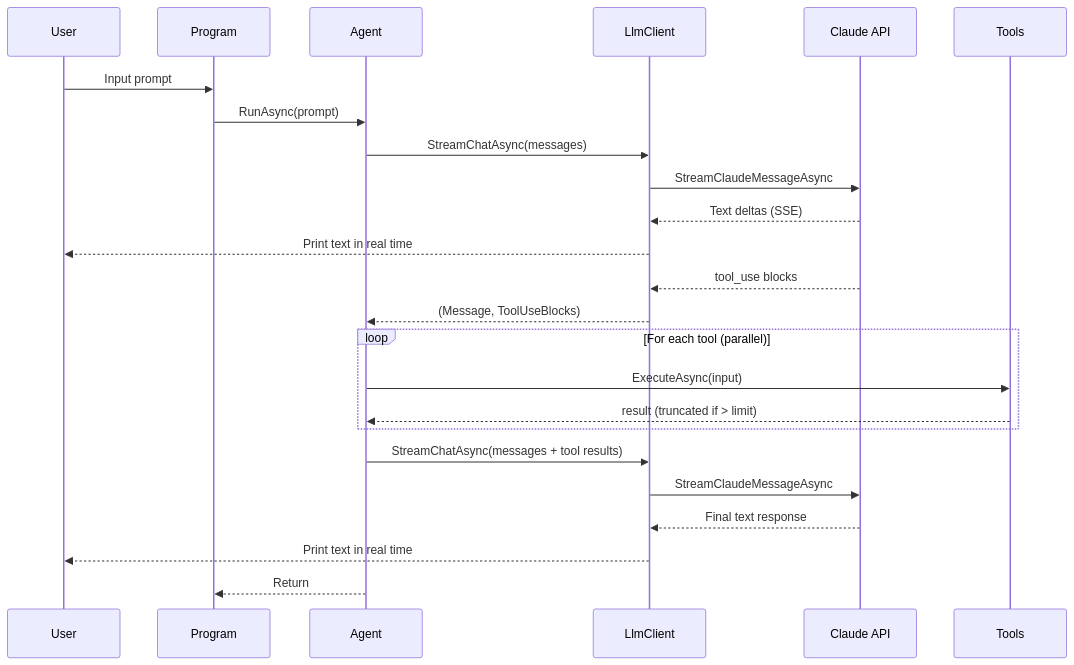
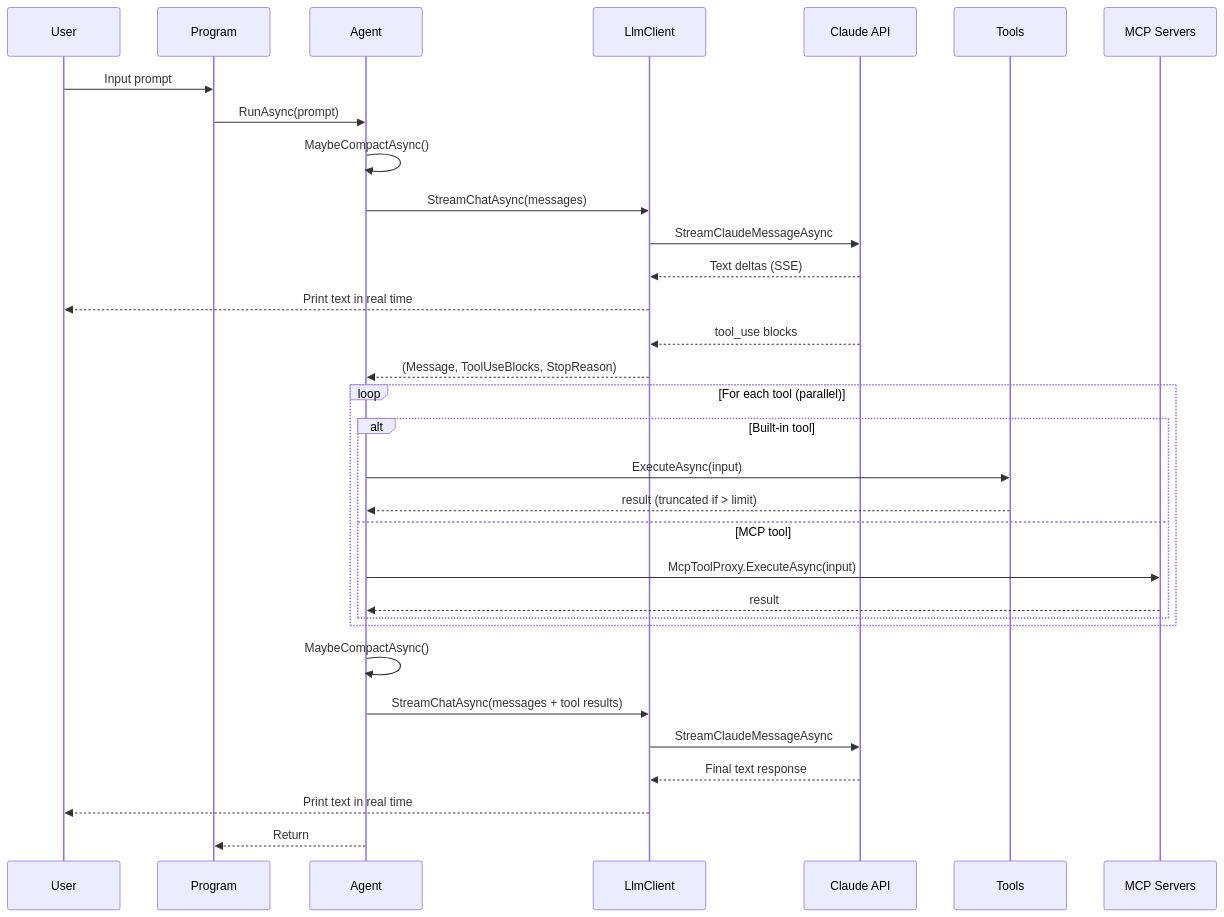
The third of 4 diagrams in documentation/docs/architecture/SAD.md (StephenDenisEdwards/micro-x-agent-loop-dotnet), drawn with Mermaid before and after one commit. The commit also changed other lines of this file and 29 other files, not shown here.

````diff
--- a/documentation/docs/architecture/SAD.md
+++ b/documentation/docs/architecture/SAD.md
@@ -118,29 +170,37 @@
 ```mermaid
 sequenceDiagram
     participant U as User
     participant P as Program
     participant A as Agent
     participant L as LlmClient
     participant C as Claude API
     participant T as Tools
+    participant M as MCP Servers
 
     U->>P: Input prompt
     P->>A: RunAsync(prompt)
+    A->>A: MaybeCompactAsync()
     A->>L: StreamChatAsync(messages)
     L->>C: StreamClaudeMessageAsync
     C-->>L: Text deltas (SSE)
     L-->>U: Print text in real time
     C-->>L: tool_use blocks
-    L-->>A: (Message, ToolUseBlocks)
+    L-->>A: (Message, ToolUseBlocks, StopReason)
 
     loop For each tool (parallel)
-        A->>T: ExecuteAsync(input)
-        T-->>A: result (truncated if > limit)
+        alt Built-in tool
+            A->>T: ExecuteAsync(input)
+            T-->>A: result (truncated if > limit)
+        else MCP tool
+            A->>M: McpToolProxy.ExecuteAsync(input)
+            M-->>A: result
+        end
     end
 
+    A->>A: MaybeCompactAsync()
     A->>L: StreamChatAsync(messages + tool results)
     L->>C: StreamClaudeMessageAsync
     C-->>L: Final text response
     L-->>U: Print text in real time
     A-->>P: Return
 ```
````
